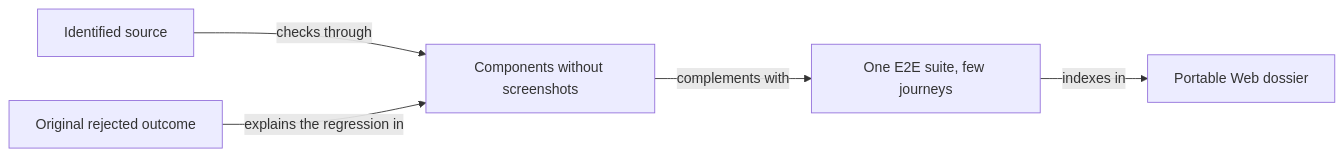
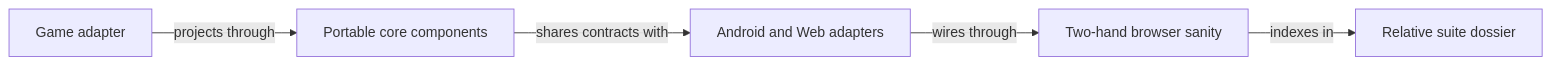
Before and after one commit to crististefanita/whist: the diagram in release/WEB/README.md, drawn with Mermaid. The commit also changed other lines of this file and 35 other files, not shown here.

Commit message:
Refresh canonical UI suites with bounded browser sanity

````diff
--- a/release/WEB/README.md
+++ b/release/WEB/README.md
@@ -11,7 +9,7 @@
 ```mermaid
 flowchart LR
-    SOURCE["Identified source"] -->|checks through| COMPONENT["Components without screenshots"]
-    COMPONENT -->|complements with| FLOW["One E2E suite, few journeys"]
-    FLOW -->|indexes in| DOSSIER["Portable Web dossier"]
-    REJECTED["Original rejected outcome"] -->|explains the regression in| COMPONENT
+    GAME["Game adapter"] -->|projects through| CORE["Portable core components"]
+    CORE -->|shares contracts with| ADAPTERS["Android and Web adapters"]
+    ADAPTERS -->|wires through| SANITY["Two-hand browser sanity"]
+    SANITY -->|indexes in| AUDIT["Relative suite dossier"]
 ```
````
